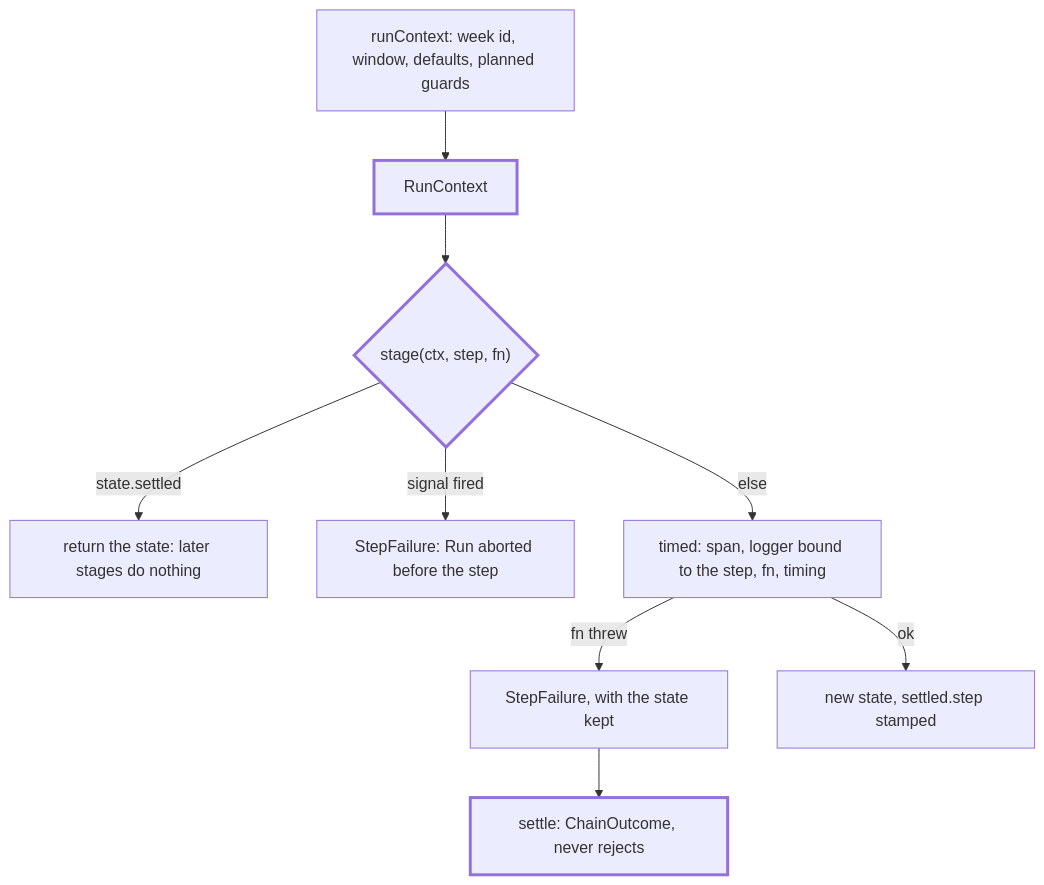
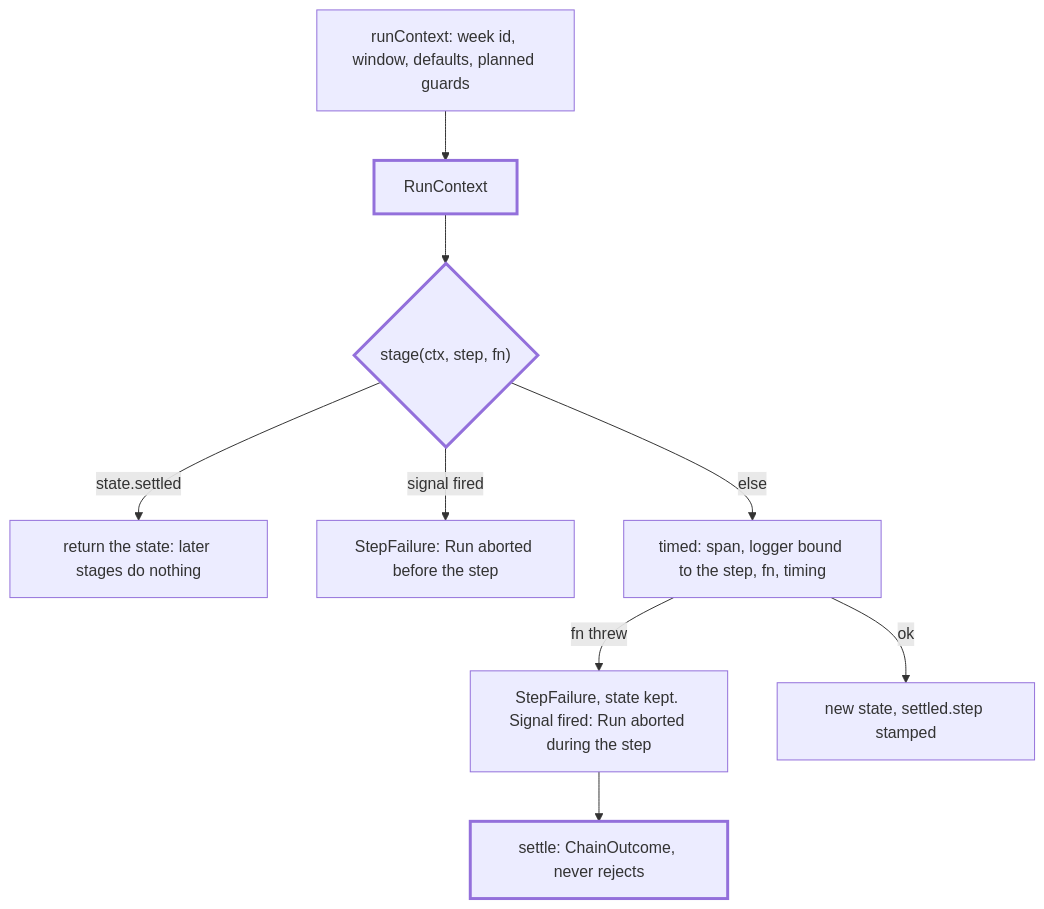
Before and after one commit to odere-pro/weekly-engineering-digest-agent: the diagram in src/digest/chain/CLAUDE.md, drawn with Mermaid. The commit also changed other lines of this file and 33 other files, not shown here.

````diff
--- a/src/digest/chain/CLAUDE.md
+++ b/src/digest/chain/CLAUDE.md
@@ -9,12 +9,12 @@
 ```mermaid
 flowchart TD
   opts["runContext: week id, window, defaults, planned guards"] --> ctx[RunContext]:::focus
   ctx --> stage{"stage(ctx, step, fn)"}:::focus
   stage -->|"state.settled"| skip["return the state: later stages do nothing"]
   stage -->|"signal fired"| abort["StepFailure: Run aborted before the step"]
   stage -->|else| timed["timed: span, logger bound to the step, fn, timing"]
-  timed -->|"fn threw"| fail["StepFailure, with the state kept"]
+  timed -->|"fn threw"| fail["StepFailure, state kept. Signal fired: Run aborted during the step"]
   timed -->|ok| next["new state, settled.step stamped"]
   fail --> settle["settle: ChainOutcome, never rejects"]:::focus
   classDef focus stroke-width:3px
 ```
````
